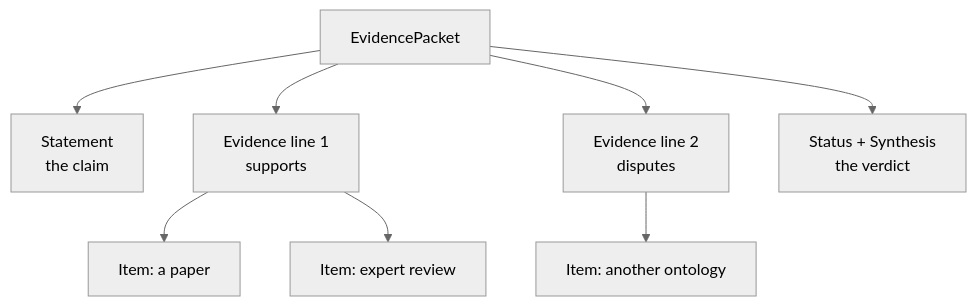
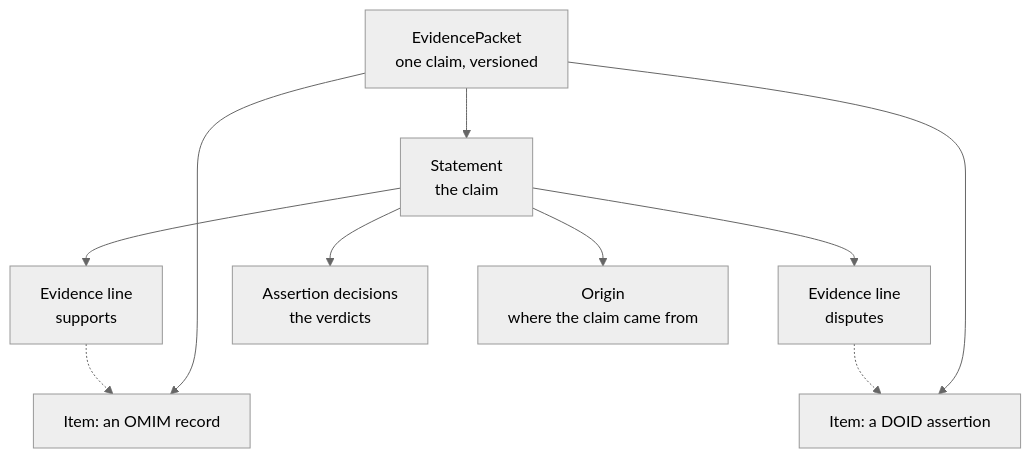
The diagram in docs/primer.md (matentzn/sieve), drawn with Mermaid (neutral theme) before and after one commit. The commit also changed other lines of this file and 10 other files, not shown here.

````diff
--- a/docs/primer.md
+++ b/docs/primer.md
@@ -35,10 +66,12 @@
 ```mermaid
 graph TD
-    P[EvidencePacket] --> S[Statement<br/>the claim]
-    P --> L1[Evidence line 1<br/>supports]
-    P --> L2[Evidence line 2<br/>disputes]
-    P --> V[Status + Synthesis<br/>the verdict]
-    L1 --> I1[Item: a paper]
-    L1 --> I2[Item: expert review]
-    L2 --> I3[Item: another ontology]
+    P[EvidencePacket<br/>one claim, versioned] --> S[Statement<br/>the claim]
+    S --> L1[Evidence line<br/>supports]
+    S --> L2[Evidence line<br/>disputes]
+    S --> D[Assertion decisions<br/>the verdicts]
+    S --> O[Origin<br/>where the claim came from]
+    L1 -.-> I1[Item: an OMIM record]
+    L2 -.-> I2[Item: a DOID assertion]
+    P --> I1
+    P --> I2
 ```
````
